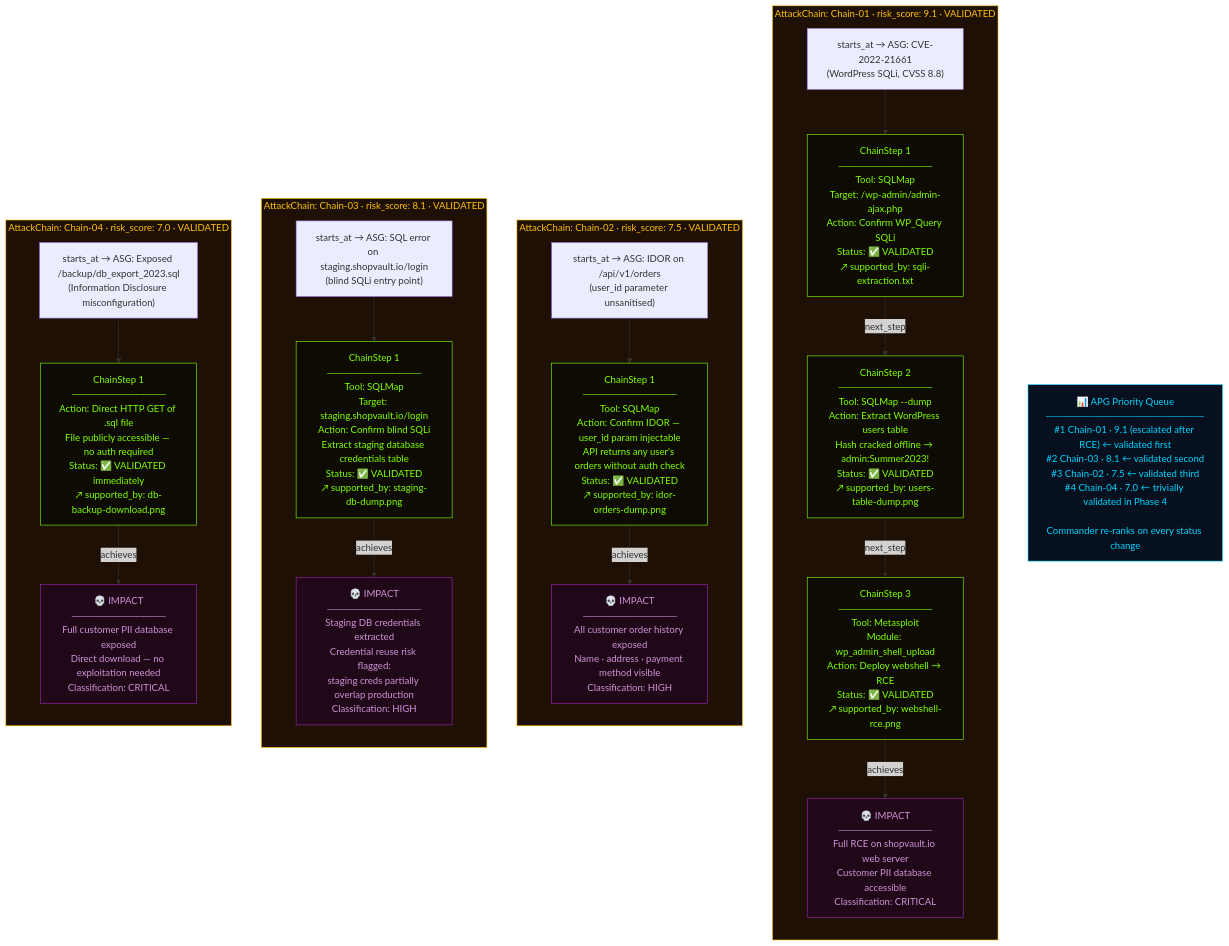
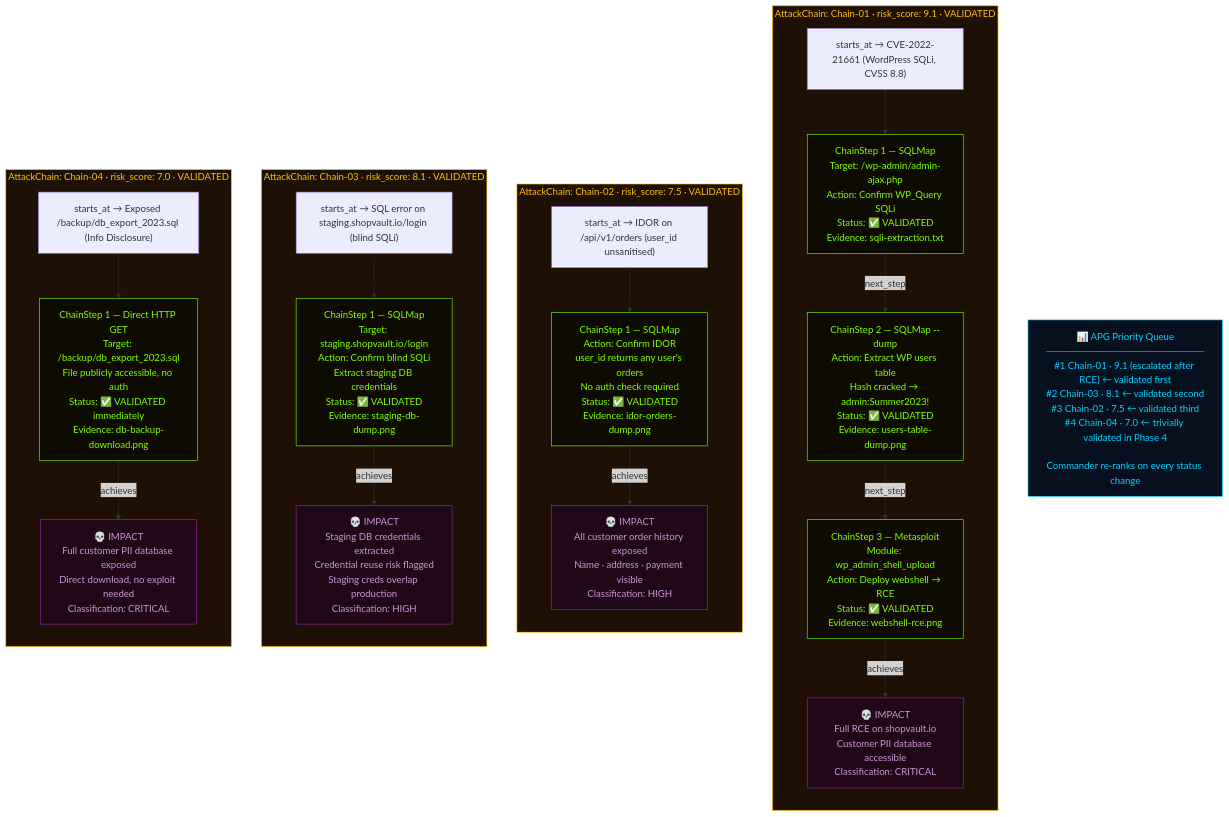
One commit to nishan-paul-2022/cmatrix-agentic-red-team changed the second of 22 diagrams in docs/paper-thesis/explanation/module-08-diagrams.md. Above: the diagram before and after it, drawn with Mermaid.

Commit message:
refactor: condense and standardize attack chain mermaid diagrams in module-08 documentation

````diff
--- a/docs/paper-thesis/explanation/module-08-diagrams.md
+++ b/docs/paper-thesis/explanation/module-08-diagrams.md
@@ -137,80 +137,80 @@
 ```mermaid
 flowchart TD
     %% ── CHAIN 01 ──────────────────────────────────────────────────
     subgraph C1["AttackChain: Chain-01 · risk_score: 9.1 · VALIDATED"]
         direction TB
-        C1S["starts_at → ASG: CVE-2022-21661<br/>(WordPress SQLi, CVSS 8.8)"]
+        C1S["starts_at → CVE-2022-21661 (WordPress SQLi, CVSS 8.8)"]
 
-        STEP1["ChainStep 1<br/>─────────────<br/>Tool: SQLMap<br/>Target: /wp-admin/admin-ajax.php<br/>Action: Confirm WP_Query SQLi<br/>Status: ✅ VALIDATED<br/>↗ supported_by: sqli-extraction.txt"]
+        STEP1["ChainStep 1 — SQLMap<br/>Target: /wp-admin/admin-ajax.php<br/>Action: Confirm WP_Query SQLi<br/>Status: ✅ VALIDATED<br/>Evidence: sqli-extraction.txt"]
 
-        STEP2["ChainStep 2<br/>─────────────<br/>Tool: SQLMap --dump<br/>Action: Extract WordPress users table<br/>Hash cracked offline → admin:Summer2023!<br/>Status: ✅ VALIDATED<br/>↗ supported_by: users-table-dump.png"]
+        STEP2["ChainStep 2 — SQLMap --dump<br/>Action: Extract WP users table<br/>Hash cracked → admin:Summer2023!<br/>Status: ✅ VALIDATED<br/>Evidence: users-table-dump.png"]
 
-        STEP3["ChainStep 3<br/>─────────────<br/>Tool: Metasploit<br/>Module: wp_admin_shell_upload<br/>Action: Deploy webshell → RCE<br/>Status: ✅ VALIDATED<br/>↗ supported_by: webshell-rce.png"]
+        STEP3["ChainStep 3 — Metasploit<br/>Module: wp_admin_shell_upload<br/>Action: Deploy webshell → RCE<br/>Status: ✅ VALIDATED<br/>Evidence: webshell-rce.png"]
 
-        IMP1["💀 IMPACT<br/>─────────────<br/>Full RCE on shopvault.io web server<br/>Customer PII database accessible<br/>Classification: CRITICAL"]
+        IMP1["💀 IMPACT<br/>Full RCE on shopvault.io<br/>Customer PII database accessible<br/>Classification: CRITICAL"]
 
         C1S --> STEP1
         STEP1 -->|next_step| STEP2
         STEP2 -->|next_step| STEP3
         STEP3 -->|achieves| IMP1
     end
 
     %% ── CHAIN 02 ──────────────────────────────────────────────────
     subgraph C2["AttackChain: Chain-02 · risk_score: 7.5 · VALIDATED"]
         direction TB
-        C2S["starts_at → ASG: IDOR on /api/v1/orders<br/>(user_id parameter unsanitised)"]
+        C2S["starts_at → IDOR on /api/v1/orders (user_id unsanitised)"]
 
-        STEP21["ChainStep 1<br/>─────────────<br/>Tool: SQLMap<br/>Action: Confirm IDOR — user_id param injectable<br/>API returns any user's orders without auth check<br/>Status: ✅ VALIDATED<br/>↗ supported_by: idor-orders-dump.png"]
+        STEP21["ChainStep 1 — SQLMap<br/>Action: Confirm IDOR<br/>user_id returns any user's orders<br/>No auth check required<br/>Status: ✅ VALIDATED<br/>Evidence: idor-orders-dump.png"]
 
-        IMP2["💀 IMPACT<br/>─────────────<br/>All customer order history exposed<br/>Name · address · payment method visible<br/>Classification: HIGH"]
+        IMP2["💀 IMPACT<br/>All customer order history exposed<br/>Name · address · payment visible<br/>Classification: HIGH"]
 
         C2S --> STEP21
         STEP21 -->|achieves| IMP2
     end
 
     %% ── CHAIN 03 ─────────────────────────────────────────────────
     subgraph C3["AttackChain: Chain-03 · risk_score: 8.1 · VALIDATED"]
         direction TB
-        C3S["starts_at → ASG: SQL error on staging.shopvault.io/login<br/>(blind SQLi entry point)"]
+        C3S["starts_at → SQL error on staging.shopvault.io/login (blind SQLi)"]
 
-        STEP31["ChainStep 1<br/>─────────────<br/>Tool: SQLMap<br/>Target: staging.shopvault.io/login<br/>Action: Confirm blind SQLi<br/>Extract staging database credentials table<br/>Status: ✅ VALIDATED<br/>↗ supported_by: staging-db-dump.png"]
+        STEP31["ChainStep 1 — SQLMap<br/>Target: staging.shopvault.io/login<br/>Action: Confirm blind SQLi<br/>Extract staging DB credentials<br/>Status: ✅ VALIDATED<br/>Evidence: staging-db-dump.png"]
 
-        IMP3["💀 IMPACT<br/>─────────────<br/>Staging DB credentials extracted<br/>Credential reuse risk flagged:<br/>staging creds partially overlap production<br/>Classification: HIGH"]
+        IMP3["💀 IMPACT<br/>Staging DB credentials extracted<br/>Credential reuse risk flagged<br/>Staging creds overlap production<br/>Classification: HIGH"]
 
         C3S --> STEP31
         STEP31 -->|achieves| IMP3
     end
 
     %% ── CHAIN 04 ─────────────────────────────────────────────────
     subgraph C4["AttackChain: Chain-04 · risk_score: 7.0 · VALIDATED"]
         direction TB
-        C4S["starts_at → ASG: Exposed /backup/db_export_2023.sql<br/>(Information Disclosure misconfiguration)"]
+        C4S["starts_at → Exposed /backup/db_export_2023.sql (Info Disclosure)"]
 
-        STEP41["ChainStep 1<br/>─────────────<br/>Action: Direct HTTP GET of .sql file<br/>File publicly accessible — no auth required<br/>Status: ✅ VALIDATED immediately<br/>↗ supported_by: db-backup-download.png"]
+        STEP41["ChainStep 1 — Direct HTTP GET<br/>Target: /backup/db_export_2023.sql<br/>File publicly accessible, no auth<br/>Status: ✅ VALIDATED immediately<br/>Evidence: db-backup-download.png"]
 
-        IMP4["💀 IMPACT<br/>─────────────<br/>Full customer PII database exposed<br/>Direct download — no exploitation needed<br/>Classification: CRITICAL"]
+        IMP4["💀 IMPACT<br/>Full customer PII database exposed<br/>Direct download, no exploit needed<br/>Classification: CRITICAL"]
 
         C4S --> STEP41
         STEP41 -->|achieves| IMP4
     end
 
     %% ── PRIORITY RANKING ──────────────────────────────────────────
     PRIO["📊 APG Priority Queue<br/>──────────────────────<br/>#1 Chain-01 · 9.1 (escalated after RCE) ← validated first<br/>#2 Chain-03 · 8.1 ← validated second<br/>#3 Chain-02 · 7.5 ← validated third<br/>#4 Chain-04 · 7.0 ← trivially validated in Phase 4<br/><br/>Commander re-ranks on every status change"]
 
     %% Styles
     style C1 fill:#1E1004,stroke:#FFC107,color:#FFC107
     style C2 fill:#1E1004,stroke:#FFC107,color:#FFC107
     style C3 fill:#1E1004,stroke:#FFC107,color:#FFC107
     style C4 fill:#1E1004,stroke:#FFC107,color:#FFC107
     style STEP1 fill:#0E0C02,stroke:#7FFF00,color:#7FFF00
     style STEP2 fill:#0E0C02,stroke:#7FFF00,color:#7FFF00
     style STEP3 fill:#0E0C02,stroke:#7FFF00,color:#7FFF00
     style IMP1 fill:#200818,stroke:#9C27B0,color:#CE93D8
     style STEP21 fill:#0E0C02,stroke:#7FFF00,color:#7FFF00
     style IMP2 fill:#200818,stroke:#9C27B0,color:#CE93D8
     style STEP31 fill:#0E0C02,stroke:#7FFF00,color:#7FFF00
     style IMP3 fill:#200818,stroke:#9C27B0,color:#CE93D8
     style STEP41 fill:#0E0C02,stroke:#7FFF00,color:#7FFF00
     style IMP4 fill:#200818,stroke:#9C27B0,color:#CE93D8
     style PRIO fill:#06101E,stroke:#00D4FF,color:#00D4FF
 ```
````
